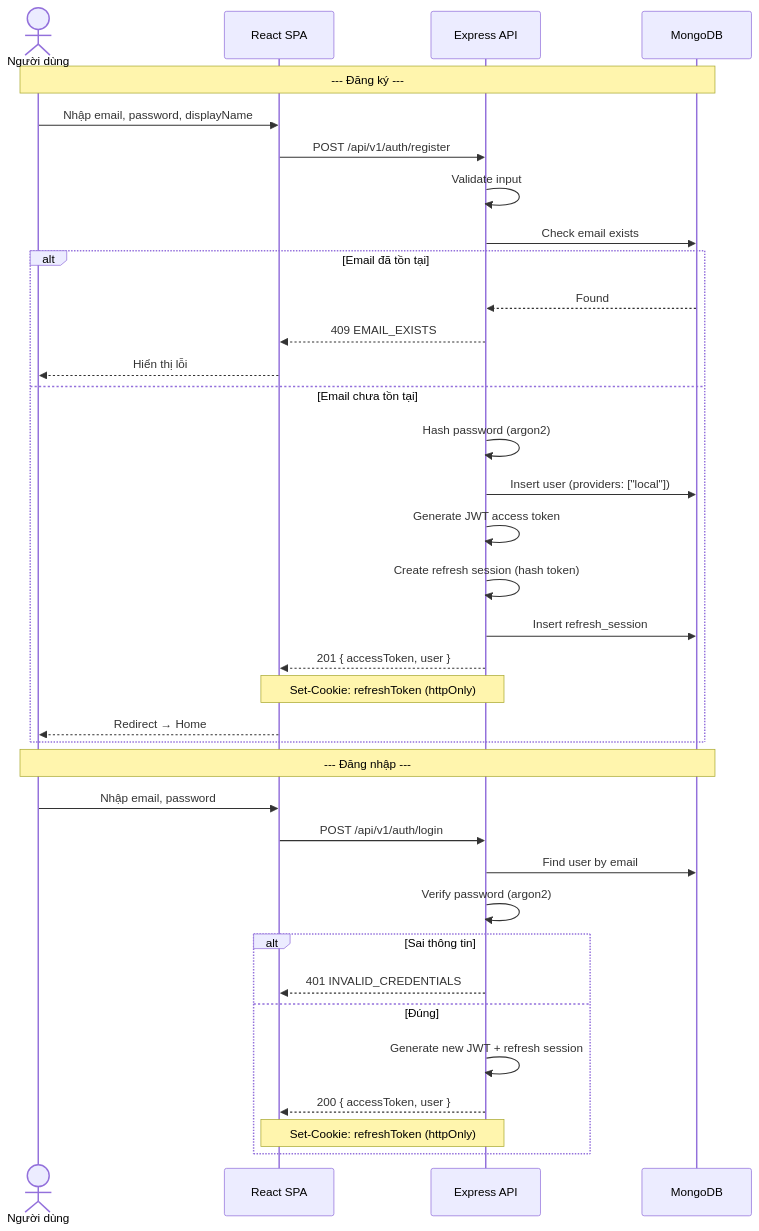
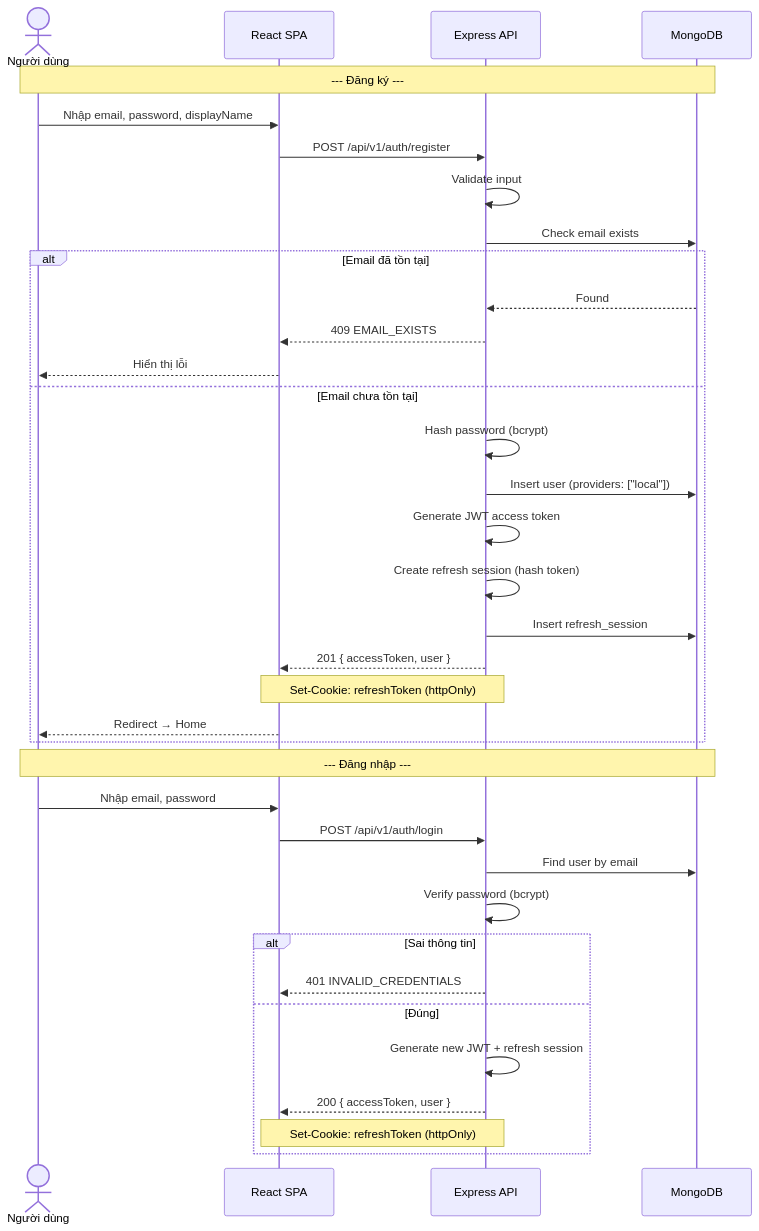
One commit to vanhuy2005/to-do-list changed the second of 7 diagrams in docs/05-kien-truc-he-thong.md. Above: the diagram before and after it, drawn with Mermaid. The commit also changed other lines of this file and 7 other files, not shown here.

````diff
--- a/docs/05-kien-truc-he-thong.md
+++ b/docs/05-kien-truc-he-thong.md
@@ -97,40 +97,40 @@
 ```mermaid
 sequenceDiagram
     actor U as Người dùng
     participant SPA as React SPA
     participant API as Express API
     participant DB as MongoDB
 
     Note over U,DB: --- Đăng ký ---
     U->>SPA: Nhập email, password, displayName
     SPA->>API: POST /api/v1/auth/register
     API->>API: Validate input
     API->>DB: Check email exists
     alt Email đã tồn tại
         DB-->>API: Found
         API-->>SPA: 409 EMAIL_EXISTS
         SPA-->>U: Hiển thị lỗi
     else Email chưa tồn tại
-        API->>API: Hash password (argon2)
+        API->>API: Hash password (bcrypt)
         API->>DB: Insert user (providers: ["local"])
         API->>API: Generate JWT access token
         API->>API: Create refresh session (hash token)
         API->>DB: Insert refresh_session
         API-->>SPA: 201 { accessToken, user }
         Note over API,SPA: Set-Cookie: refreshToken (httpOnly)
         SPA-->>U: Redirect → Home
     end
 
     Note over U,DB: --- Đăng nhập ---
     U->>SPA: Nhập email, password
     SPA->>API: POST /api/v1/auth/login
     API->>DB: Find user by email
-    API->>API: Verify password (argon2)
+    API->>API: Verify password (bcrypt)
     alt Sai thông tin
         API-->>SPA: 401 INVALID_CREDENTIALS
     else Đúng
         API->>API: Generate new JWT + refresh session
         API-->>SPA: 200 { accessToken, user }
         Note over API,SPA: Set-Cookie: refreshToken (httpOnly)
     end
 ```
````
